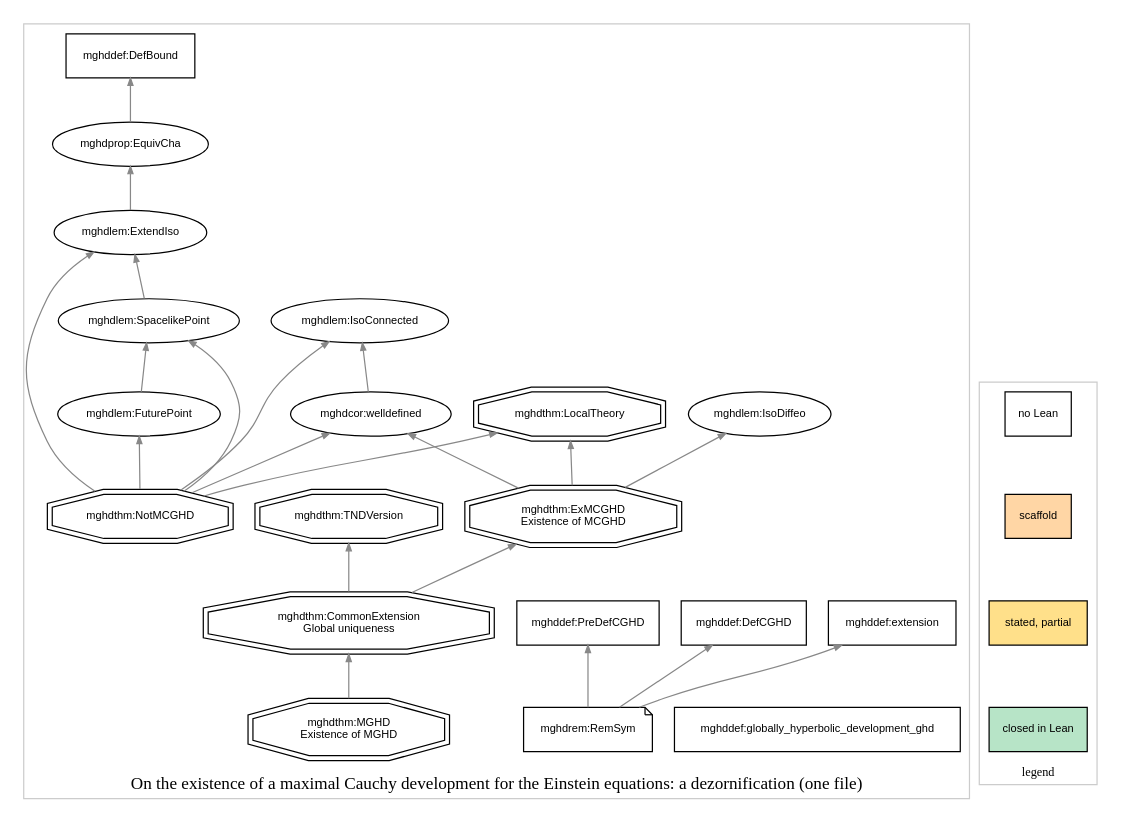
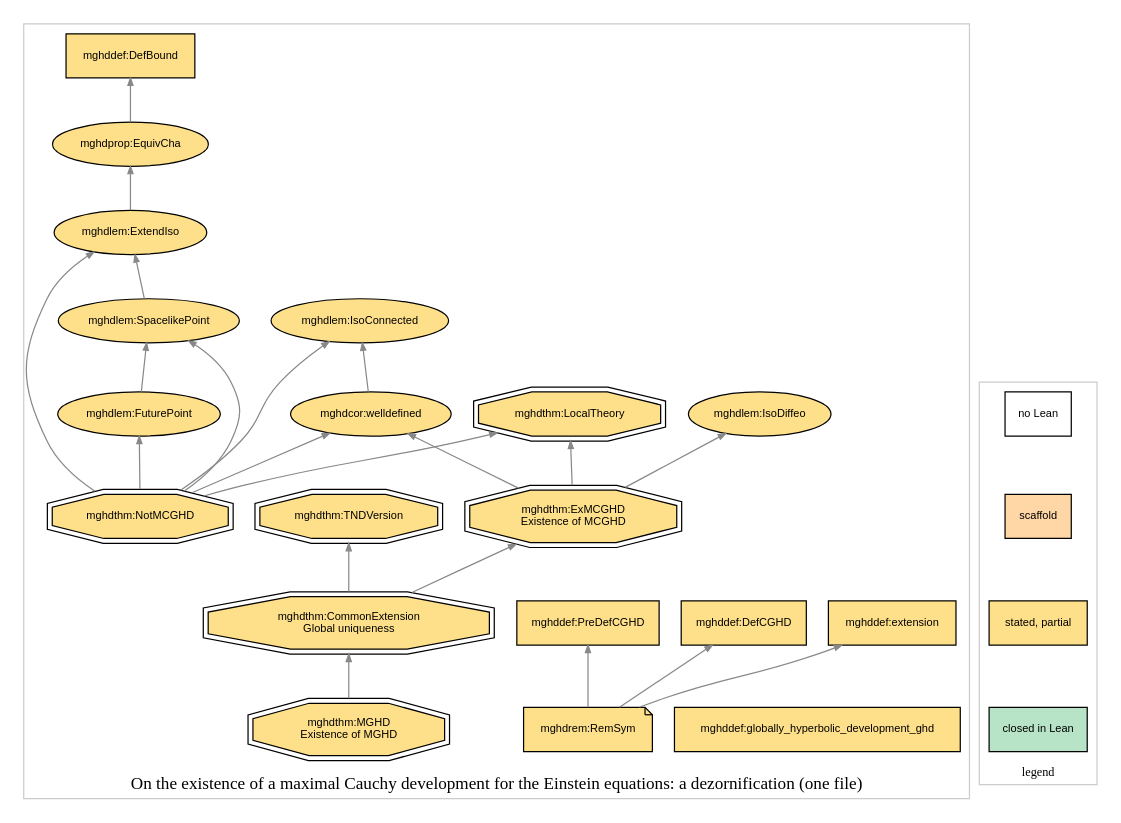
The diagram in papers/sbierski-mghd/ledger/dag.dot (LBrunswic/MathAtlas), drawn with Graphviz before and after one commit. The commit also changed 5 other files, not shown here.

```diff
--- a/papers/sbierski-mghd/ledger/dag.dot
+++ b/papers/sbierski-mghd/ledger/dag.dot
@@ -1,54 +1,54 @@
 digraph formalization {
   rankdir=BT; node [style=filled,fontname="Helvetica",fontsize=9];
   edge [color="#888888",arrowsize=0.6];
   subgraph "cluster_P" {
     label="On the existence of a maximal Cauchy development for the Einstein equations: a dezornification (one file)"; color="#cccccc";
-    "mghddef:globally_hyperbolic_development_ghd" [label="mghddef:globally_hyperbolic_development_ghd\n", shape=box, fillcolor="#ffffff"];
-    "mghddef:extension" [label="mghddef:extension\n", shape=box, fillcolor="#ffffff"];
-    "mghddef:PreDefCGHD" [label="mghddef:PreDefCGHD\n", shape=box, fillcolor="#ffffff"];
-    "mghddef:DefCGHD" [label="mghddef:DefCGHD\n", shape=box, fillcolor="#ffffff"];
-    "mghdrem:RemSym" [label="mghdrem:RemSym\n", shape=note, fillcolor="#ffffff"];
-    "mghdthm:LocalTheory" [label="mghdthm:LocalTheory\n", shape=doubleoctagon, fillcolor="#ffffff"];
-    "mghdthm:CommonExtension" [label="mghdthm:CommonExtension\nGlobal uniqueness", shape=doubleoctagon, fillcolor="#ffffff"];
-    "mghdthm:MGHD" [label="mghdthm:MGHD\nExistence of MGHD", shape=doubleoctagon, fillcolor="#ffffff"];
-    "mghdlem:IsoConnected" [label="mghdlem:IsoConnected\n", shape=ellipse, fillcolor="#ffffff"];
-    "mghdcor:welldefined" [label="mghdcor:welldefined\n", shape=ellipse, fillcolor="#ffffff"];
-    "mghdlem:IsoDiffeo" [label="mghdlem:IsoDiffeo\n", shape=ellipse, fillcolor="#ffffff"];
-    "mghdthm:ExMCGHD" [label="mghdthm:ExMCGHD\nExistence of MCGHD", shape=doubleoctagon, fillcolor="#ffffff"];
-    "mghddef:DefBound" [label="mghddef:DefBound\n", shape=box, fillcolor="#ffffff"];
-    "mghdthm:NotMCGHD" [label="mghdthm:NotMCGHD\n", shape=doubleoctagon, fillcolor="#ffffff"];
-    "mghdprop:EquivCha" [label="mghdprop:EquivCha\n", shape=ellipse, fillcolor="#ffffff"];
-    "mghdlem:ExtendIso" [label="mghdlem:ExtendIso\n", shape=ellipse, fillcolor="#ffffff"];
-    "mghdlem:SpacelikePoint" [label="mghdlem:SpacelikePoint\n", shape=ellipse, fillcolor="#ffffff"];
-    "mghdlem:FuturePoint" [label="mghdlem:FuturePoint\n", shape=ellipse, fillcolor="#ffffff"];
-    "mghdthm:TNDVersion" [label="mghdthm:TNDVersion\n", shape=doubleoctagon, fillcolor="#ffffff"];
+    "mghddef:globally_hyperbolic_development_ghd" [label="mghddef:globally_hyperbolic_development_ghd\n", shape=box, fillcolor="#ffe08a"];
+    "mghddef:extension" [label="mghddef:extension\n", shape=box, fillcolor="#ffe08a"];
+    "mghddef:PreDefCGHD" [label="mghddef:PreDefCGHD\n", shape=box, fillcolor="#ffe08a"];
+    "mghddef:DefCGHD" [label="mghddef:DefCGHD\n", shape=box, fillcolor="#ffe08a"];
+    "mghdrem:RemSym" [label="mghdrem:RemSym\n", shape=note, fillcolor="#ffe08a"];
+    "mghdthm:LocalTheory" [label="mghdthm:LocalTheory\n", shape=doubleoctagon, fillcolor="#ffe08a"];
+    "mghdthm:CommonExtension" [label="mghdthm:CommonExtension\nGlobal uniqueness", shape=doubleoctagon, fillcolor="#ffe08a"];
+    "mghdthm:MGHD" [label="mghdthm:MGHD\nExistence of MGHD", shape=doubleoctagon, fillcolor="#ffe08a"];
+    "mghdlem:IsoConnected" [label="mghdlem:IsoConnected\n", shape=ellipse, fillcolor="#ffe08a"];
+    "mghdcor:welldefined" [label="mghdcor:welldefined\n", shape=ellipse, fillcolor="#ffe08a"];
+    "mghdlem:IsoDiffeo" [label="mghdlem:IsoDiffeo\n", shape=ellipse, fillcolor="#ffe08a"];
+    "mghdthm:ExMCGHD" [label="mghdthm:ExMCGHD\nExistence of MCGHD", shape=doubleoctagon, fillcolor="#ffe08a"];
+    "mghddef:DefBound" [label="mghddef:DefBound\n", shape=box, fillcolor="#ffe08a"];
+    "mghdthm:NotMCGHD" [label="mghdthm:NotMCGHD\n", shape=doubleoctagon, fillcolor="#ffe08a"];
+    "mghdprop:EquivCha" [label="mghdprop:EquivCha\n", shape=ellipse, fillcolor="#ffe08a"];
+    "mghdlem:ExtendIso" [label="mghdlem:ExtendIso\n", shape=ellipse, fillcolor="#ffe08a"];
+    "mghdlem:SpacelikePoint" [label="mghdlem:SpacelikePoint\n", shape=ellipse, fillcolor="#ffe08a"];
+    "mghdlem:FuturePoint" [label="mghdlem:FuturePoint\n", shape=ellipse, fillcolor="#ffe08a"];
+    "mghdthm:TNDVersion" [label="mghdthm:TNDVersion\n", shape=doubleoctagon, fillcolor="#ffe08a"];
   }
   "mghdrem:RemSym" -> "mghddef:extension";
   "mghdrem:RemSym" -> "mghddef:PreDefCGHD";
   "mghdrem:RemSym" -> "mghddef:DefCGHD";
   "mghdthm:CommonExtension" -> "mghdthm:TNDVersion";
   "mghdthm:CommonExtension" -> "mghdthm:ExMCGHD";
   "mghdthm:MGHD" -> "mghdthm:CommonExtension";
   "mghdcor:welldefined" -> "mghdlem:IsoConnected";
   "mghdthm:ExMCGHD" -> "mghdthm:LocalTheory";
   "mghdthm:ExMCGHD" -> "mghdlem:IsoDiffeo";
   "mghdthm:ExMCGHD" -> "mghdcor:welldefined";
   "mghdthm:NotMCGHD" -> "mghdlem:SpacelikePoint";
   "mghdthm:NotMCGHD" -> "mghdlem:ExtendIso";
   "mghdthm:NotMCGHD" -> "mghdlem:FuturePoint";
   "mghdthm:NotMCGHD" -> "mghdthm:LocalTheory";
   "mghdthm:NotMCGHD" -> "mghdcor:welldefined";
   "mghdthm:NotMCGHD" -> "mghdlem:IsoConnected";
   "mghdprop:EquivCha" -> "mghddef:DefBound";
   "mghdlem:ExtendIso" -> "mghdprop:EquivCha";
   "mghdlem:SpacelikePoint" -> "mghdlem:ExtendIso";
   "mghdlem:FuturePoint" -> "mghdlem:SpacelikePoint";
   subgraph "cluster_legend" {
     label="legend"; color="#cccccc"; fontsize=10;
     l0 [label="closed in Lean", fillcolor="#b7e4c7", shape=box];
     l1 [label="stated, partial", fillcolor="#ffe08a", shape=box];
     l2 [label="scaffold", fillcolor="#ffd6a5", shape=box];
     l3 [label="no Lean", fillcolor="#ffffff", shape=box];
     l0 -> l1 -> l2 -> l3 [style=invis];
   }
 }
```
